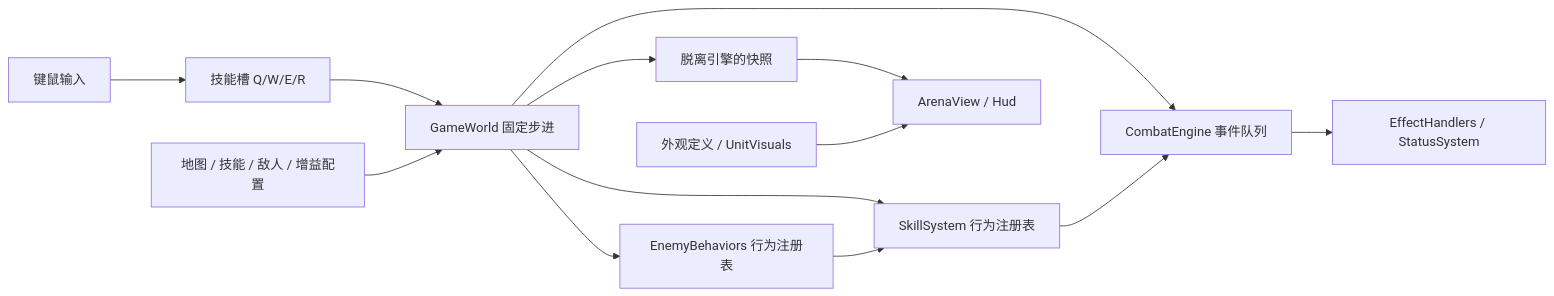
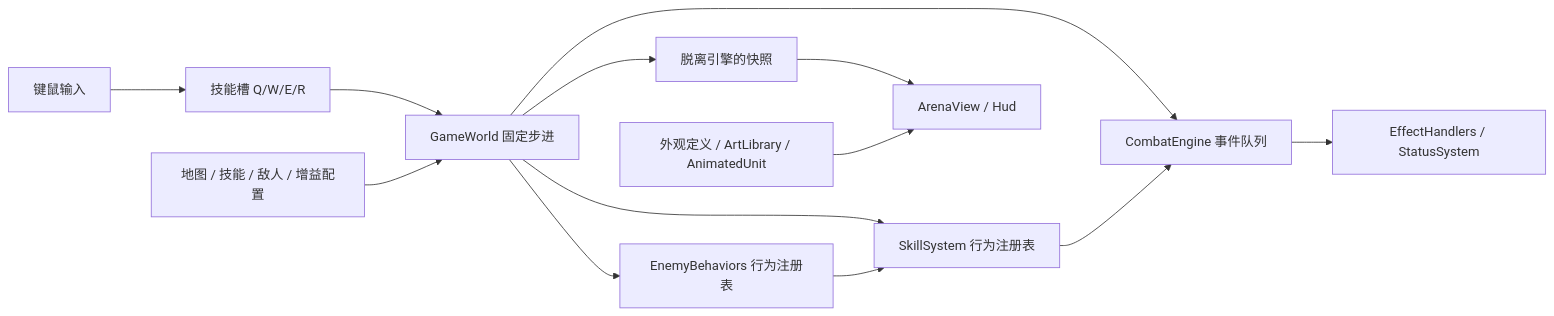
Before and after one commit to Amptyz/Odyssey: the diagram in docs/CONTENT_ARCHITECTURE.md, drawn with Mermaid. The commit also changed other lines of this file and 53 other files, not shown here.

````diff
--- a/docs/CONTENT_ARCHITECTURE.md
+++ b/docs/CONTENT_ARCHITECTURE.md
@@ -7,15 +7,15 @@
 ```mermaid
 flowchart LR
   Input[键鼠输入] --> Slots[技能槽 Q/W/E/R]
   Slots --> World[GameWorld 固定步进]
   Content[地图 / 技能 / 敌人 / 增益配置] --> World
   World --> Skills[SkillSystem 行为注册表]
   World --> AI[EnemyBehaviors 行为注册表]
   World --> Combat[CombatEngine 事件队列]
   Skills --> Combat
   AI --> Skills
   Combat --> Effects[EffectHandlers / StatusSystem]
   World --> Snapshot[脱离引擎的快照]
   Snapshot --> View[ArenaView / Hud]
-  Visuals[外观定义 / UnitVisuals] --> View
+  Visuals[外观定义 / ArtLibrary / AnimatedUnit] --> View
 ```
````
